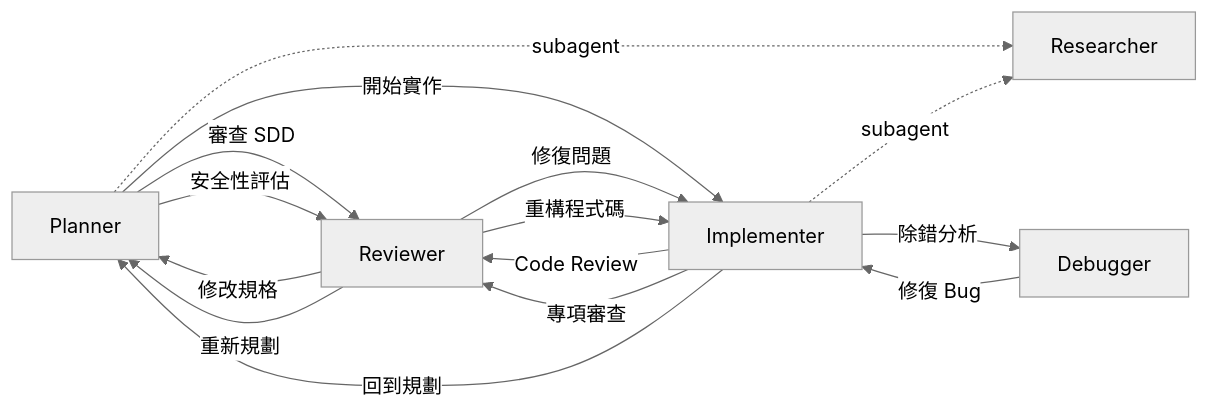
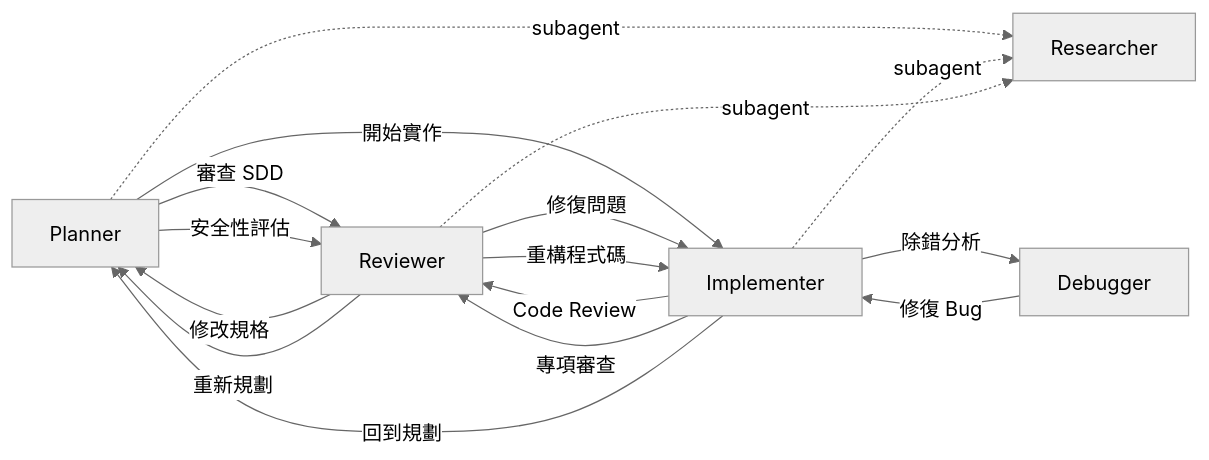
One commit to zexion7873/copilot-setting changed the second of 2 diagrams in README.zh-TW.md. Above: the diagram before and after it, drawn with Mermaid (neutral theme). The commit also changed other lines of this file and 14 other files, not shown here.

````diff
--- a/README.zh-TW.md
+++ b/README.zh-TW.md
@@ -129,20 +129,21 @@
 ```mermaid
 flowchart LR
     Planner -->|"審查 SDD"| Reviewer
     Planner -->|"開始實作"| Implementer
     Planner -->|"安全性評估"| Reviewer
     Planner -.->|"subagent"| Researcher
 
     Implementer -.->|"subagent"| Researcher
     Implementer -->|"Code Review"| Reviewer
     Implementer -->|"專項審查"| Reviewer
     Implementer -->|"除錯分析"| Debugger
     Implementer -->|"回到規劃"| Planner
 
+    Reviewer -.->|"subagent"| Researcher
     Reviewer -->|"修復問題"| Implementer
     Reviewer -->|"重構程式碼"| Implementer
     Reviewer -->|"修改規格"| Planner
     Reviewer -->|"重新規劃"| Planner
 
     Debugger -->|"修復 Bug"| Implementer
 ```
````
